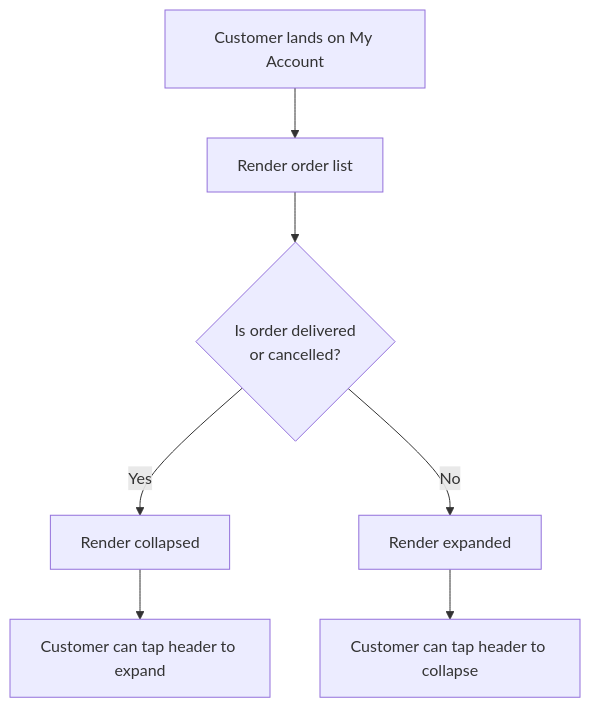
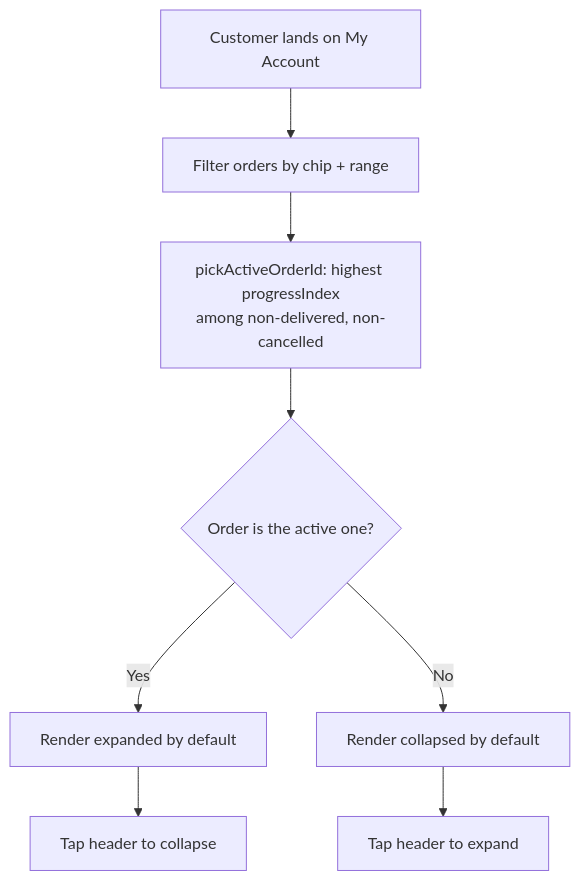
The first of 4 diagrams in order-redesign/docs/my-account-flow.md (andrea-revibe/my-account-redesign), drawn with Mermaid before and after one commit. The commit also changed other lines of this file and 8 other files, not shown here.

````diff
--- a/order-redesign/docs/my-account-flow.md
+++ b/order-redesign/docs/my-account-flow.md
@@ -74,9 +77,10 @@
 ```mermaid
 flowchart TD
-    Land[Customer lands on My Account] --> Render[Render order list]
-    Render --> Decide{Is order delivered<br/>or cancelled?}
-    Decide -->|Yes| C[Render collapsed]
-    Decide -->|No| E[Render expanded]
-    C --> Tap[Customer can tap header to expand]
-    E --> TapClose[Customer can tap header to collapse]
+    Land[Customer lands on My Account] --> Render[Filter orders by chip + range]
+    Render --> Pick[pickActiveOrderId: highest progressIndex<br/>among non-delivered, non-cancelled]
+    Pick --> Decide{Order is the active one?}
+    Decide -->|Yes| E[Render expanded by default]
+    Decide -->|No| C[Render collapsed by default]
+    C --> Tap[Tap header to expand]
+    E --> TapClose[Tap header to collapse]
 ```
````
